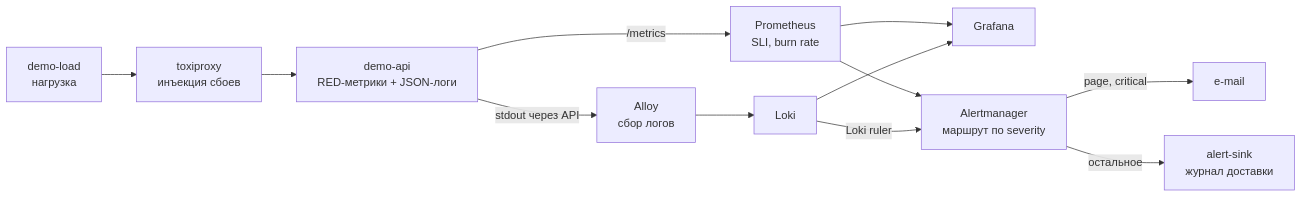
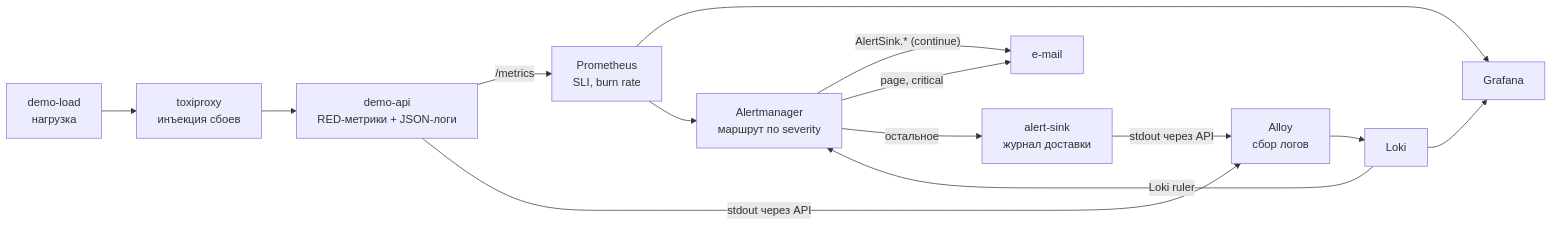
The diagram in README.md (morgenvor/k8s-observability-lab), drawn with Mermaid before and after one commit. The commit also changed other lines of this file and 3 other files, not shown here.

````diff
--- a/README.md
+++ b/README.md
@@ -79,14 +83,16 @@
 ```mermaid
 flowchart LR
   load["demo-load<br/>нагрузка"] --> toxiproxy["toxiproxy<br/>инъекция сбоев"]
   toxiproxy --> api["demo-api<br/>RED-метрики + JSON-логи"]
   api -->|"/metrics"| prometheus["Prometheus<br/>SLI, burn rate"]
   api -->|"stdout через API"| alloy["Alloy<br/>сбор логов"]
   alloy --> loki["Loki"]
   prometheus --> grafana["Grafana"]
   loki --> grafana
   prometheus --> alertmanager["Alertmanager<br/>маршрут по severity"]
   loki -->|"Loki ruler"| alertmanager
+  alertmanager -->|"AlertSink.* (continue)"| email
   alertmanager -->|"page, critical"| email["e-mail"]
   alertmanager -->|"остальное"| sink["alert-sink<br/>журнал доставки"]
+  sink -->|"stdout через API"| alloy
 ```
````
